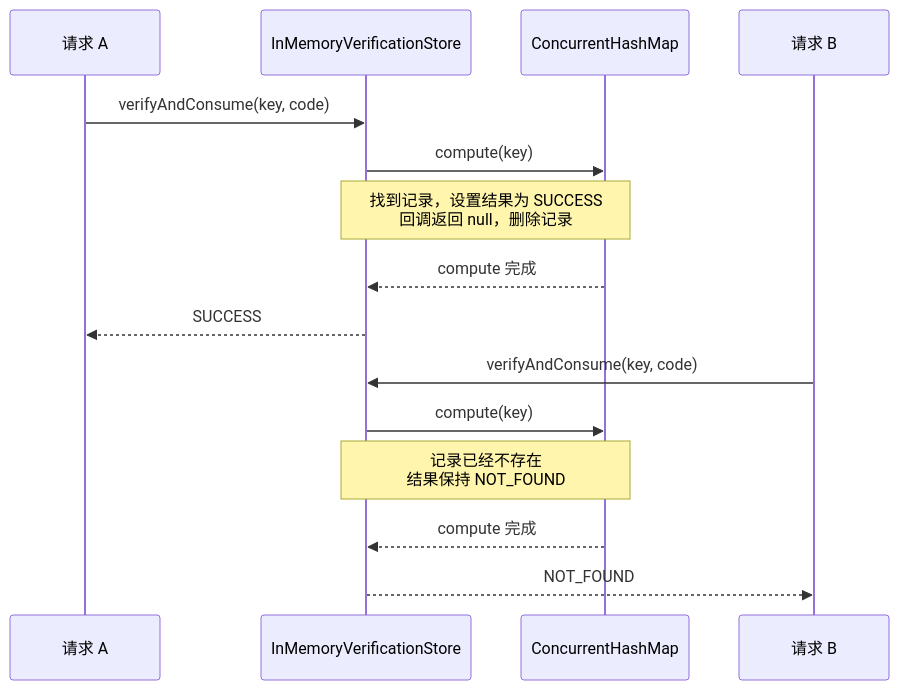
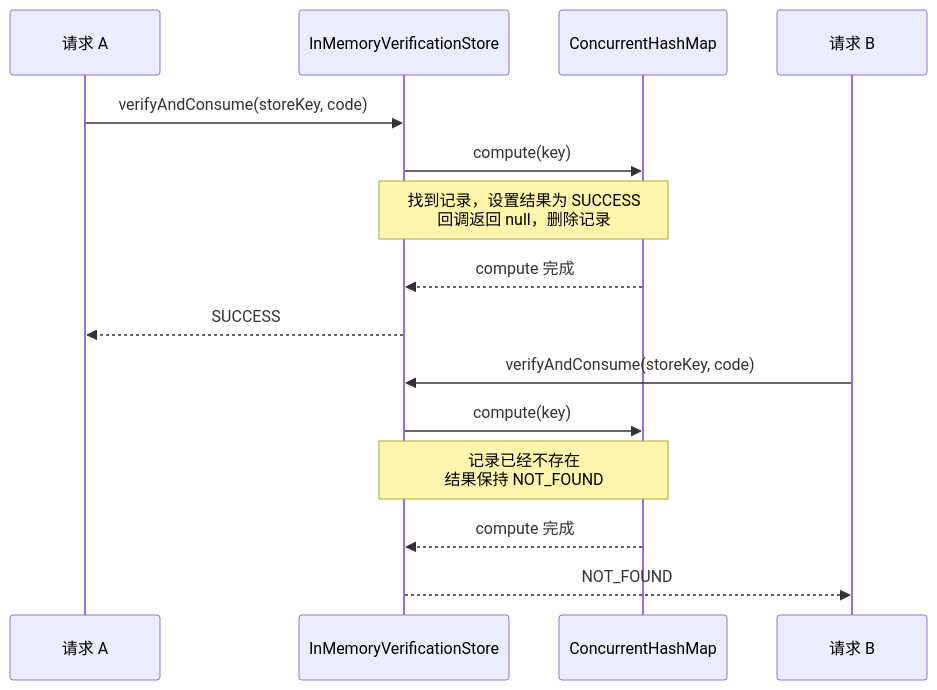
Before and after one commit to RingoTangs/ringo-boot: the third of 3 diagrams in ringo-boot-verification/src/main/java/io/github/ringotangs/ringoboot/verification/store/README.md, drawn with Mermaid. The commit also changed other lines of this file and 14 other files, not shown here.

First line of the commit message:
feat: Introduce VerificationStoreKey for channel-specific verification storage

````diff
--- a/ringo-boot-verification/src/main/java/io/github/ringotangs/ringoboot/verification/store/README.md
+++ b/ringo-boot-verification/src/main/java/io/github/ringotangs/ringoboot/verification/store/README.md
@@ -239,18 +240,18 @@
 ```mermaid
 sequenceDiagram
     participant A as 请求 A
     participant Store as InMemoryVerificationStore
     participant Map as ConcurrentHashMap
     participant B as 请求 B
 
-    A->>Store: verifyAndConsume(key, code)
+    A->>Store: verifyAndConsume(storeKey, code)
     Store->>Map: compute(key)
     Note over Store,Map: 找到记录，设置结果为 SUCCESS<br/>回调返回 null，删除记录
     Map-->>Store: compute 完成
     Store-->>A: SUCCESS
-    B->>Store: verifyAndConsume(key, code)
+    B->>Store: verifyAndConsume(storeKey, code)
     Store->>Map: compute(key)
     Note over Store,Map: 记录已经不存在<br/>结果保持 NOT_FOUND
     Map-->>Store: compute 完成
     Store-->>B: NOT_FOUND
 ```
````
